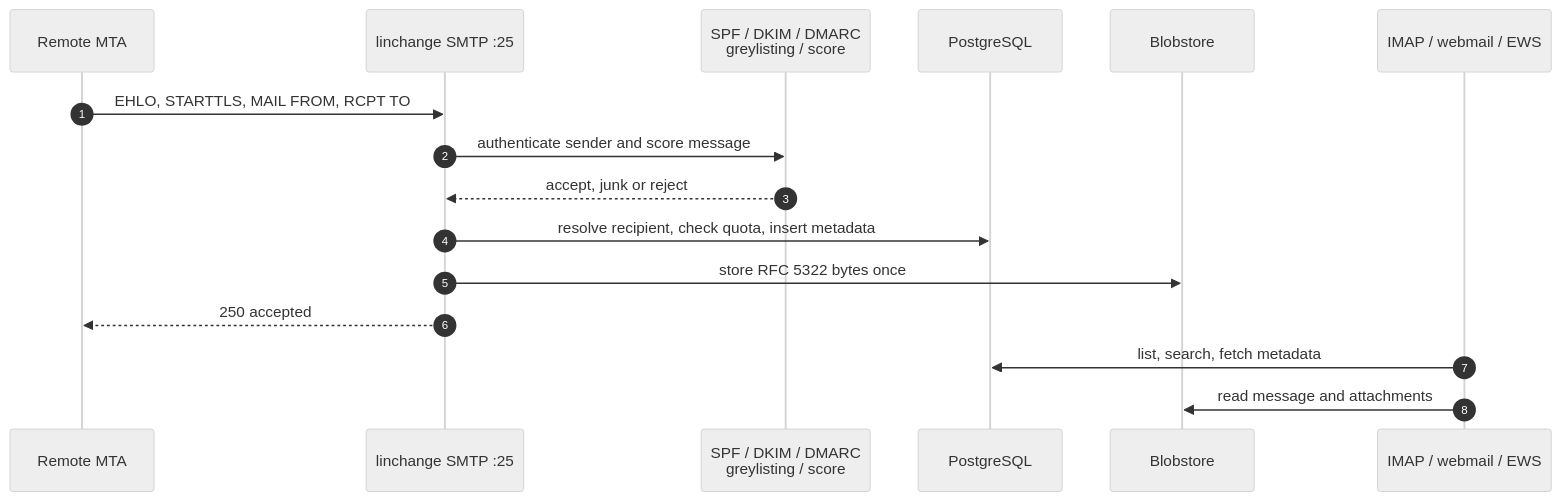
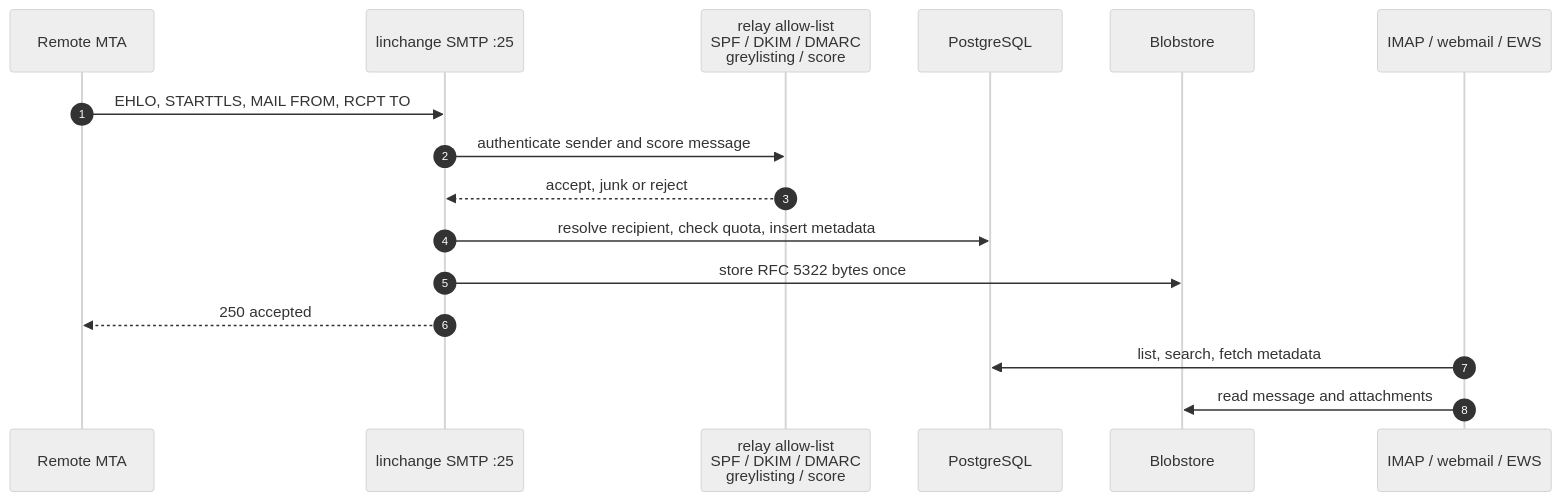
One commit to tizbac/linchange changed the second of 2 diagrams in README.md. Above: the diagram before and after it, drawn with Mermaid (neutral theme). The commit also changed other lines of this file and 18 other files, not shown here.

````diff
--- a/README.md
+++ b/README.md
@@ -292,19 +297,19 @@
 ```mermaid
 sequenceDiagram
     autonumber
     participant MTA as Remote MTA
     participant SMTP as linchange SMTP :25
-    participant Check as SPF / DKIM / DMARC<br/>greylisting / score
+    participant Check as relay allow-list<br/>SPF / DKIM / DMARC<br/>greylisting / score
     participant DB as PostgreSQL
     participant Blob as Blobstore
     participant User as IMAP / webmail / EWS
 
     MTA->>SMTP: EHLO, STARTTLS, MAIL FROM, RCPT TO
     SMTP->>Check: authenticate sender and score message
     Check-->>SMTP: accept, junk or reject
     SMTP->>DB: resolve recipient, check quota, insert metadata
     SMTP->>Blob: store RFC 5322 bytes once
     SMTP-->>MTA: 250 accepted
     User->>DB: list, search, fetch metadata
     User->>Blob: read message and attachments
 ```
````
